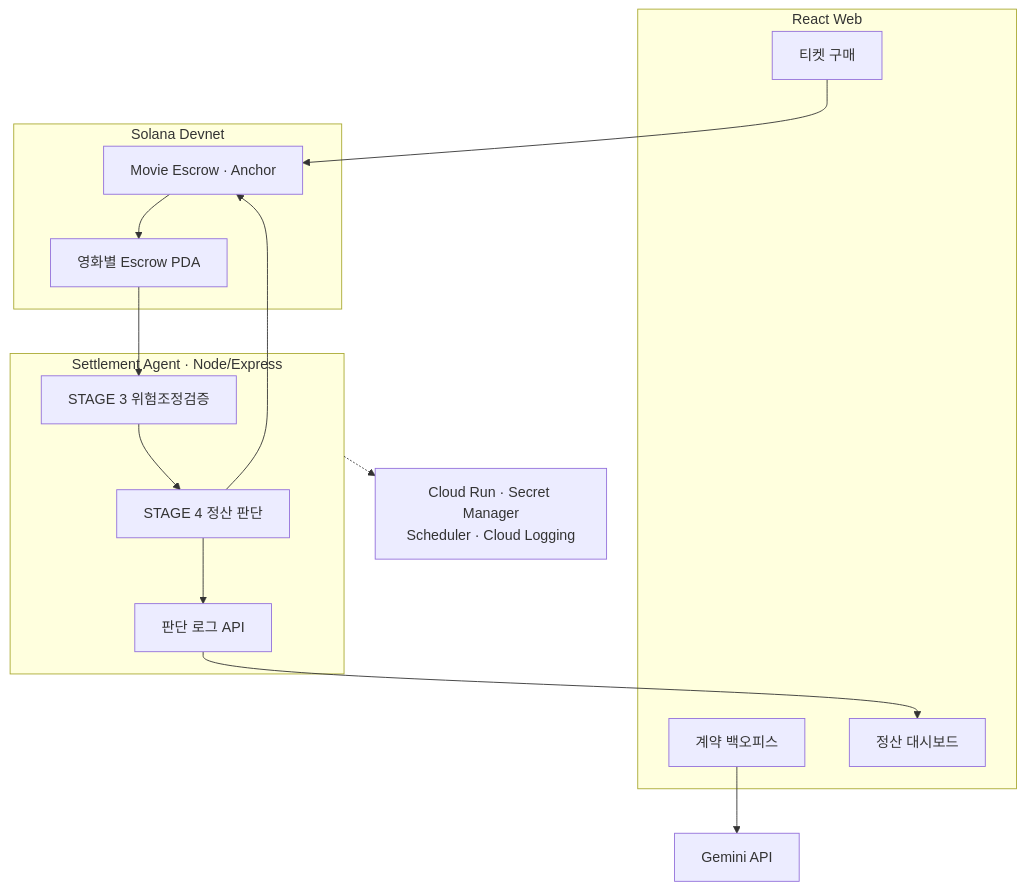
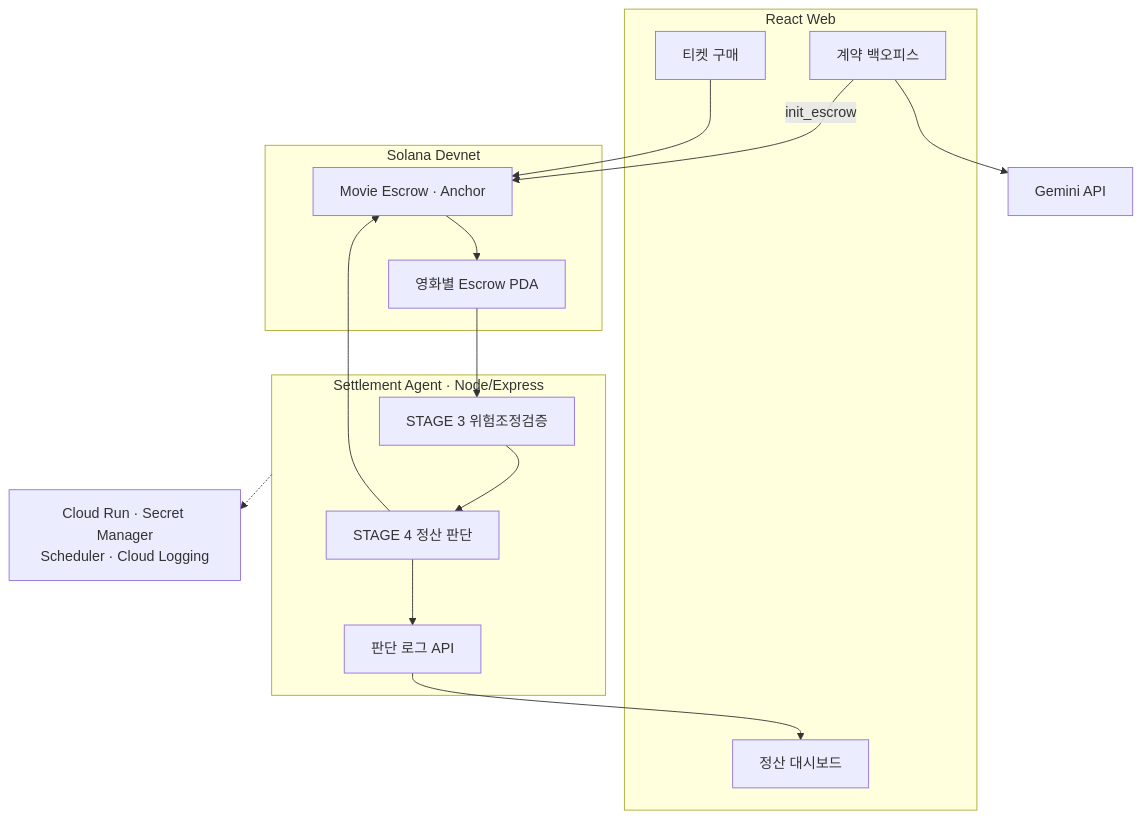
One commit to chaincrew-kr/blockchain-hackathon changed the second of 2 diagrams in README.md. Above: the diagram before and after it, drawn with Mermaid. The commit also changed other lines of this file, not shown here.

Commit message:
docs: update README for live escrow onboarding

````diff
--- a/README.md
+++ b/README.md
@@ -188,32 +193,33 @@
 ```mermaid
 flowchart TB
   subgraph Web["React Web"]
     Ticket["티켓 구매"]
     Backoffice["계약 백오피스"]
     Dashboard["정산 대시보드"]
   end
 
   subgraph Agent["Settlement Agent · Node/Express"]
     Verify["STAGE 3 위험조정검증"]
     Judge["STAGE 4 정산 판단"]
     Logs["판단 로그 API"]
   end
 
   subgraph Solana["Solana Devnet"]
     Program["Movie Escrow · Anchor"]
     PDA["영화별 Escrow PDA"]
   end
 
   Gemini["Gemini API"]
   Cloud["Cloud Run · Secret Manager<br/>Scheduler · Cloud Logging"]
 
   Backoffice --> Gemini
+  Backoffice -->|init_escrow| Program
   Ticket --> Program
   Program --> PDA
   PDA --> Verify
   Verify --> Judge
   Judge --> Program
   Judge --> Logs
   Logs --> Dashboard
   Agent -.-> Cloud
 ```
````
